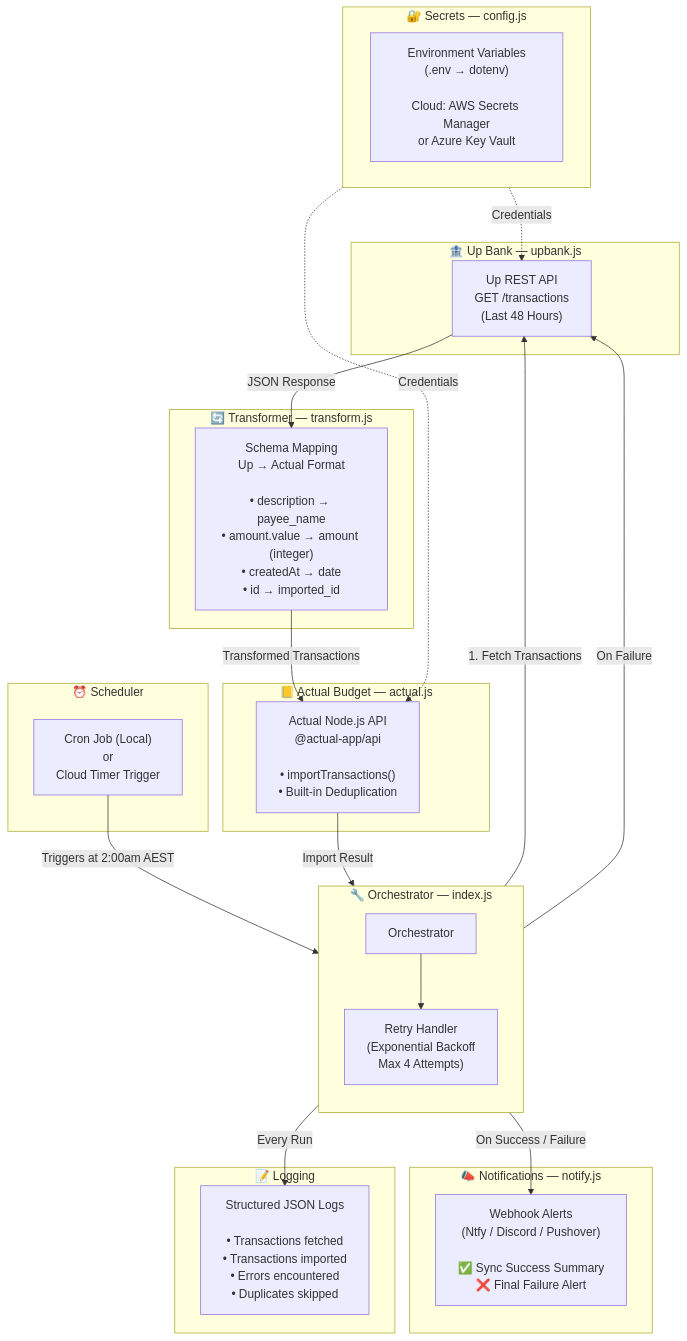
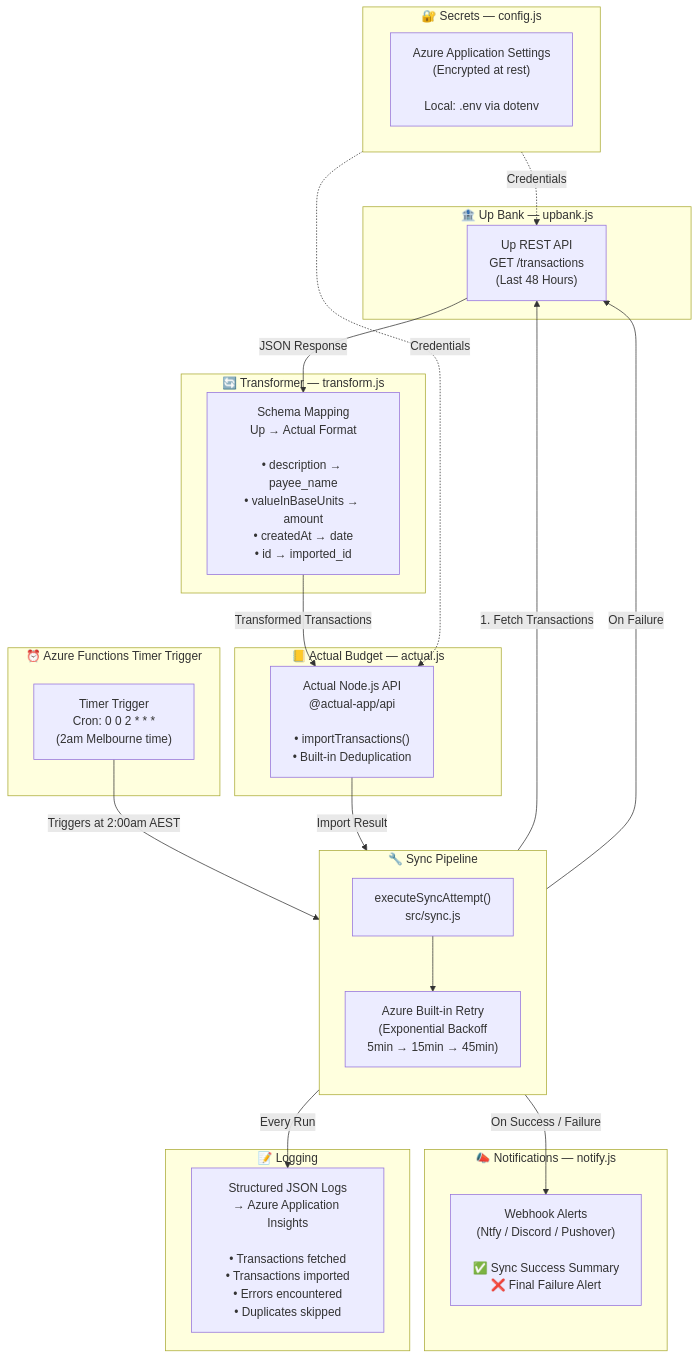
Before and after one commit to romanesmatt/up-to-actual: the first of 3 diagrams in README.md, drawn with Mermaid. The commit also changed other lines of this file, not shown here.

````diff
--- a/README.md
+++ b/README.md
@@ -13,48 +15,48 @@
 ```mermaid
 flowchart TB
-    subgraph Scheduler["⏰ Scheduler"]
-        CRON["Cron Job (Local)\nor\nCloud Timer Trigger"]
+    subgraph Scheduler["⏰ Azure Functions Timer Trigger"]
+        TIMER["Timer Trigger\nCron: 0 0 2 * * *\n(2am Melbourne time)"]
     end
 
-    subgraph Core["🔧 Orchestrator — index.js"]
+    subgraph Core["🔧 Sync Pipeline"]
         direction TB
-        ORCH["Orchestrator"]
-        RETRY["Retry Handler\n(Exponential Backoff\nMax 4 Attempts)"]
-        ORCH --> RETRY
+        SYNC["executeSyncAttempt()\nsrc/sync.js"]
+        RETRY["Azure Built-in Retry\n(Exponential Backoff\n5min → 15min → 45min)"]
+        SYNC --> RETRY
     end
 
     subgraph UpBank["🏦 Up Bank — upbank.js"]
         UP_API["Up REST API\nGET /transactions\n(Last 48 Hours)"]
     end
 
     subgraph Transform["🔄 Transformer — transform.js"]
-        MAP["Schema Mapping\nUp → Actual Format\n\n• description → payee_name\n• amount.value → amount (integer)\n• createdAt → date\n• id → imported_id"]
+        MAP["Schema Mapping\nUp → Actual Format\n\n• description → payee_name\n• valueInBaseUnits → amount\n• createdAt → date\n• id → imported_id"]
     end
 
     subgraph ActualBudget["📒 Actual Budget — actual.js"]
         AB_API["Actual Node.js API\n@actual-app/api\n\n• importTransactions()\n• Built-in Deduplication"]
     end
 
     subgraph Secrets["🔐 Secrets — config.js"]
-        ENV["Environment Variables\n(.env → dotenv)\n\nCloud: AWS Secrets Manager\nor Azure Key Vault"]
+        ENV["Azure Application Settings\n(Encrypted at rest)\n\nLocal: .env via dotenv"]
     end
 
     subgraph Notify["📣 Notifications — notify.js"]
         WEBHOOK["Webhook Alerts\n(Ntfy / Discord / Pushover)\n\n✅ Sync Success Summary\n❌ Final Failure Alert"]
     end
 
     subgraph Logging["📝 Logging"]
-        LOG["Structured JSON Logs\n\n• Transactions fetched\n• Transactions imported\n• Errors encountered\n• Duplicates skipped"]
+        LOG["Structured JSON Logs\n→ Azure Application Insights\n\n• Transactions fetched\n• Transactions imported\n• Errors encountered\n• Duplicates skipped"]
     end
 
-    CRON -->|"Triggers at 2:00am AEST"| ORCH
-    ORCH -->|"1. Fetch Transactions"| UP_API
+    TIMER -->|"Triggers at 2:00am AEST"| SYNC
+    SYNC -->|"1. Fetch Transactions"| UP_API
     UP_API -->|"JSON Response"| MAP
     MAP -->|"Transformed Transactions"| AB_API
-    AB_API -->|"Import Result"| ORCH
-    ORCH -->|"On Success / Failure"| WEBHOOK
-    ORCH -->|"Every Run"| LOG
+    AB_API -->|"Import Result"| SYNC
+    SYNC -->|"On Success / Failure"| WEBHOOK
+    SYNC -->|"Every Run"| LOG
     RETRY -->|"On Failure"| UP_API
     Secrets -.->|"Credentials"| UP_API
     Secrets -.->|"Credentials"| AB_API
 ```
````
